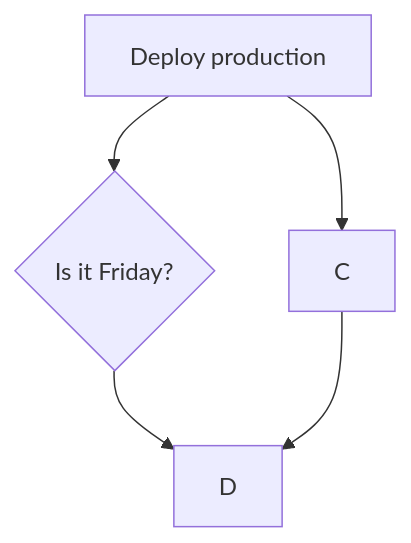
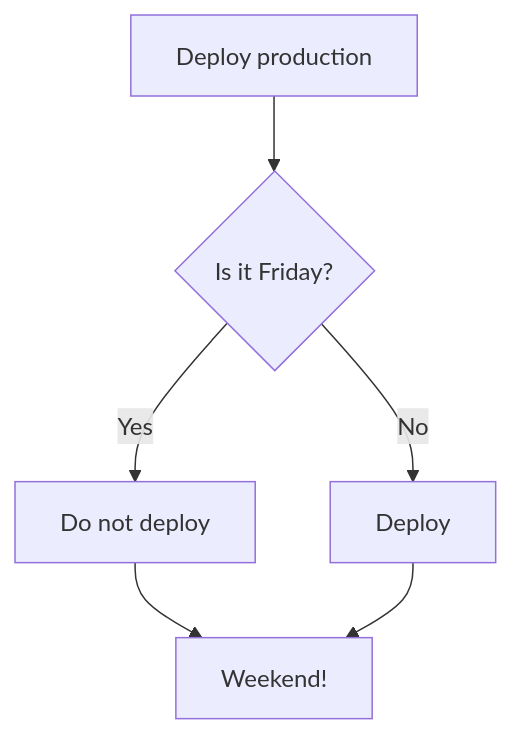
The diagram in readme.md (raymondnijssen/turtle), drawn with Mermaid before and after one commit.

````diff
--- a/readme.md
+++ b/readme.md
@@ -1,7 +1,8 @@
 ```mermaid
   flowchart TD;
       A[Deploy production]-->B{Is it Friday?};
-      A-->C;
-      B-->D;
-      C-->D;
+      B -- Yes --> C[Do not deploy];
+      B -- No --> D[Deploy];
+      C-->E[Weekend!];
+      D-->E[Weekend!];
 ```
````
